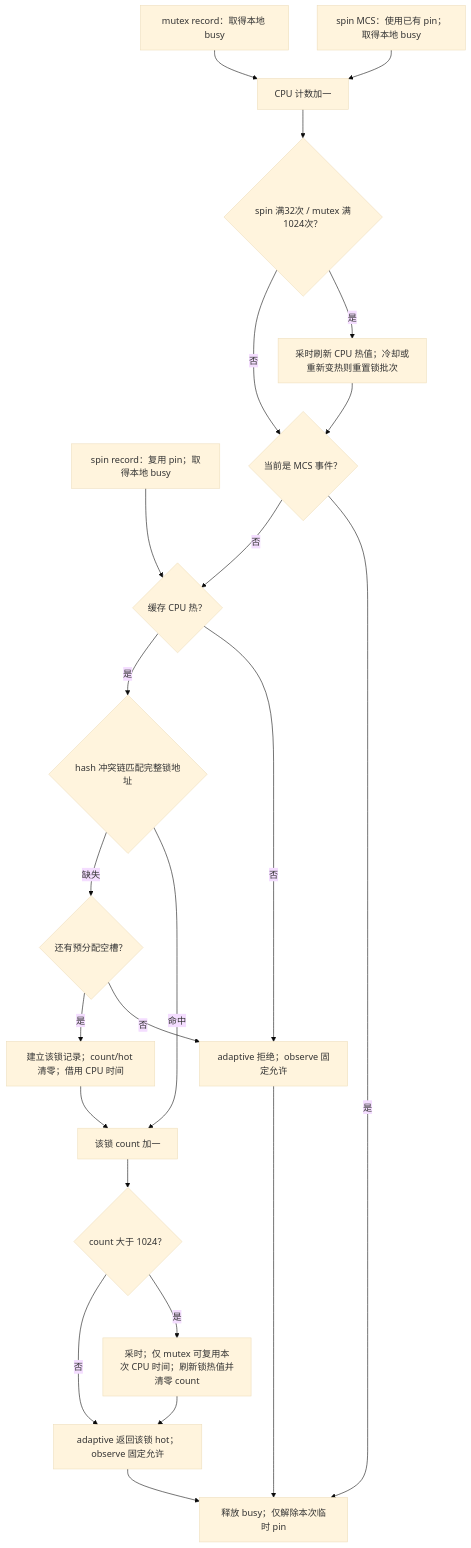
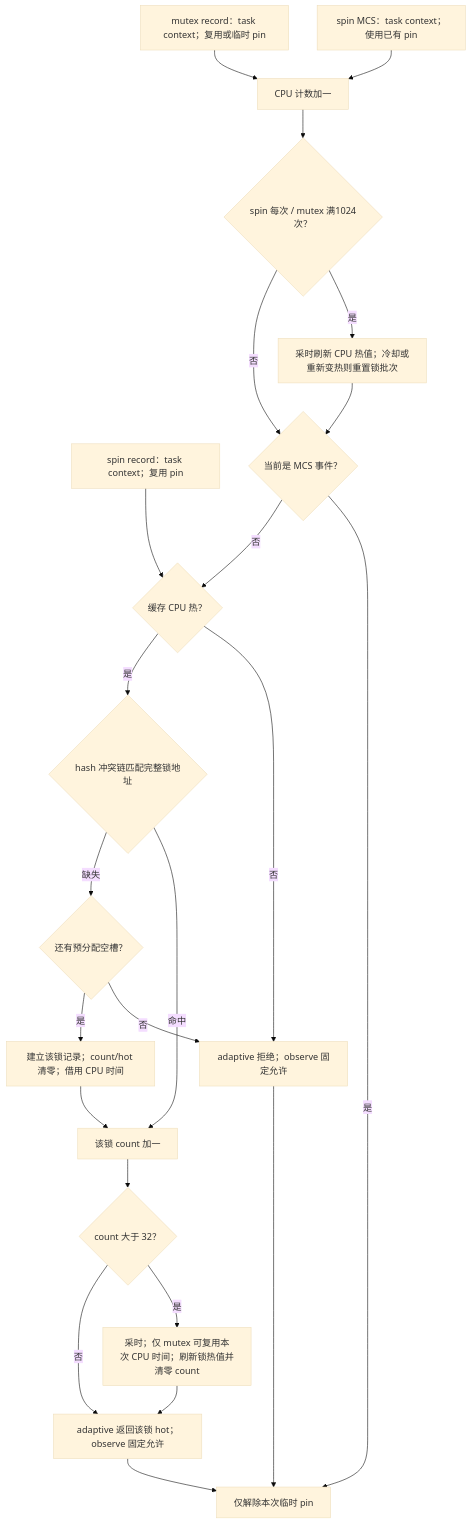
Before and after one commit to hailongeric/kdlock: the first of 3 diagrams in bench/spin_cacheline/EXECUTION_PATHS.md, drawn with Mermaid (base theme). The commit also changed other lines of this file and 12 other files, not shown here.

````diff
--- a/bench/spin_cacheline/EXECUTION_PATHS.md
+++ b/bench/spin_cacheline/EXECUTION_PATHS.md
@@ -319,25 +320,25 @@
 ```mermaid
 flowchart TD
-  A[spin record：复用 pin；取得本地 busy] --> G{缓存 CPU 热？}
-  S[spin MCS：使用已有 pin；取得本地 busy] --> B[CPU 计数加一]
-  T[mutex record：取得本地 busy] --> B
-  B --> C{spin 满32次 / mutex 满1024次？}
+  A[spin record：task context；复用 pin] --> G{缓存 CPU 热？}
+  S[spin MCS：task context；使用已有 pin] --> B[CPU 计数加一]
+  T[mutex record：task context；复用或临时 pin] --> B
+  B --> C{spin 每次 / mutex 满1024次？}
   C -- 是 --> D[采时刷新 CPU 热值；冷却或重新变热则重置锁批次]
   D --> E{当前是 MCS 事件？}
   C -- 否 --> E
-  E -- 是 --> Z[释放 busy；仅解除本次临时 pin]
+  E -- 是 --> Z[仅解除本次临时 pin]
   E -- 否 --> G
   G -- 否 --> R[adaptive 拒绝；observe 固定允许]
   G -- 是 --> H{hash 冲突链匹配完整锁地址}
   H -- 命中 --> I[该锁 count 加一]
   H -- 缺失 --> J{还有预分配空槽？}
   J -- 否 --> R
   J -- 是 --> K[建立该锁记录；count/hot 清零；借用 CPU 时间]
   K --> I
-  I --> L{count 大于 1024？}
+  I --> L{count 大于 32？}
   L -- 是 --> M[采时；仅 mutex 可复用本次 CPU 时间；刷新锁热值并清零 count]
   L -- 否 --> N[adaptive 返回该锁 hot；observe 固定允许]
   M --> N
   R --> Z
   N --> Z
 ```
````
